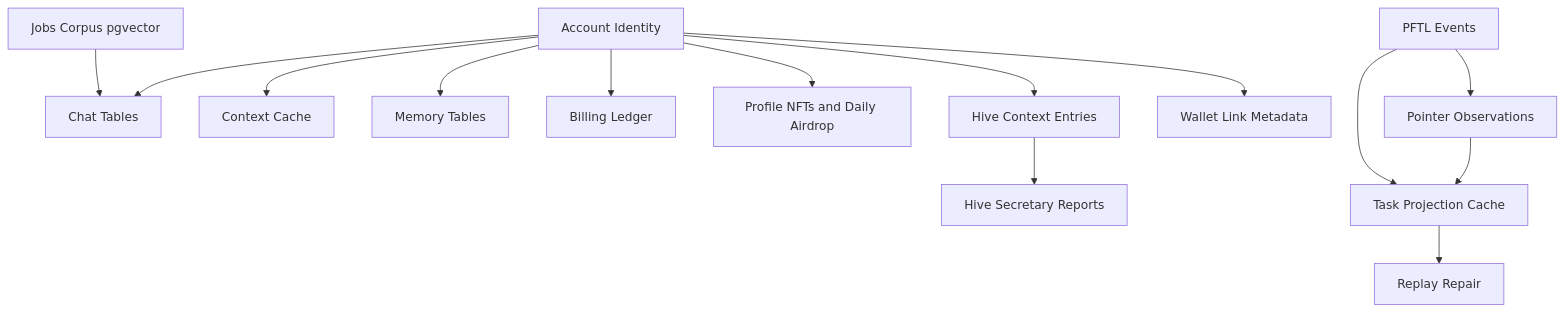
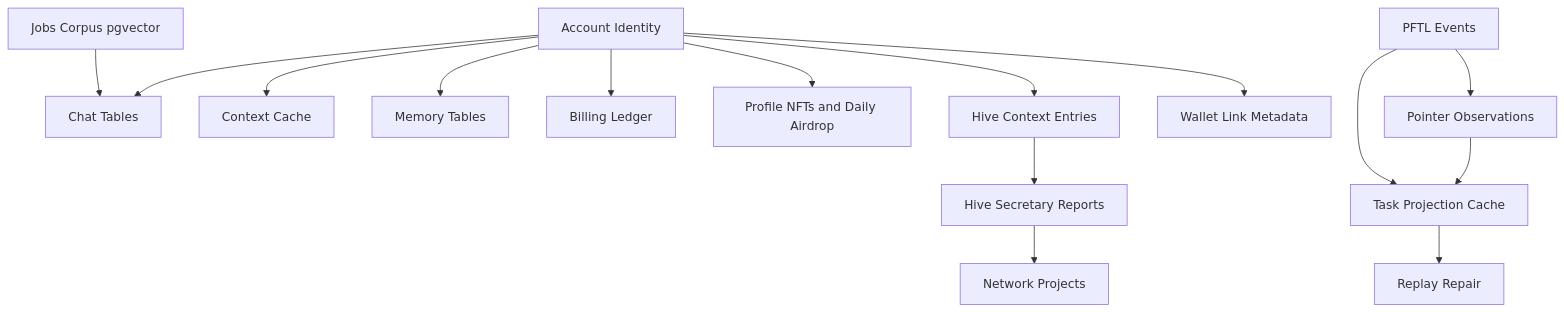
One commit to postfiatorg/tasknode changed the diagram in docs/wiki/architecture/database.md. Above: the diagram before and after it, drawn with Mermaid. The commit also changed other lines of this file and 9 other files, not shown here.

Commit message:
Back Hive projects with Postgres

````diff
--- a/docs/wiki/architecture/database.md
+++ b/docs/wiki/architecture/database.md
@@ -94,16 +99,17 @@
 ```mermaid
 flowchart TB
   Account[Account Identity] --> Chat[Chat Tables]
   Account --> Context[Context Cache]
   Account --> Memory[Memory Tables]
   Account --> Billing[Billing Ledger]
   Account --> Profile[Profile NFTs and Daily Airdrop]
   Account --> HiveContext[Hive Context Entries]
   HiveContext --> HiveSecretary[Hive Secretary Reports]
+  HiveSecretary --> HiveProjects[Network Projects]
   Account --> Wallet[Wallet Link Metadata]
   Jobs[Jobs Corpus pgvector] --> Chat
   PFTL[PFTL Events] --> TaskCache[Task Projection Cache]
   PFTL --> PointerObs[Pointer Observations]
   PointerObs --> TaskCache
   TaskCache --> Replay[Replay Repair]
 ```
````
